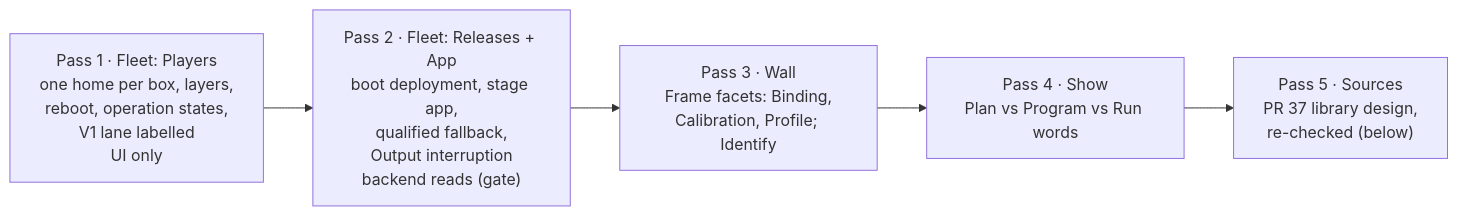
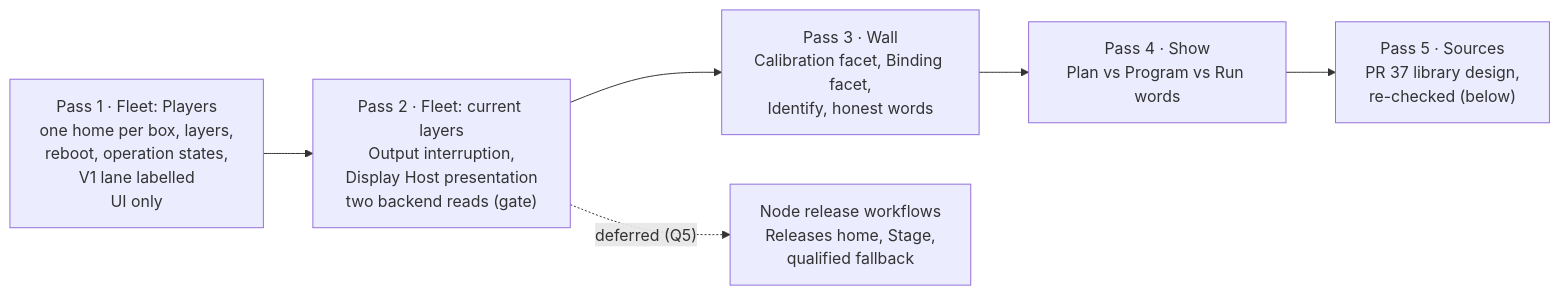
The third of 7 diagrams in docs/operator-console-ddd.md (mcurcio/photo-wall), drawn with Mermaid before and after one commit. The commit also changed other lines of this file and 1 other file, not shown here.

Commit message:
docs(console): design passes 2 and 3 (batch 2) and fold in pass-1 errata

````diff
--- a/docs/operator-console-ddd.md
+++ b/docs/operator-console-ddd.md
@@ -193,7 +194,8 @@
 ```mermaid
 flowchart LR
-  P1["Pass 1 · Fleet: Players<br/>one home per box, layers,<br/>reboot, operation states,<br/>V1 lane labelled<br/>UI only"] --> P2["Pass 2 · Fleet: Releases + App<br/>boot deployment, stage app,<br/>qualified fallback,<br/>Output interruption<br/>backend reads (gate)"]
-  P2 --> P3["Pass 3 · Wall<br/>Frame facets: Binding,<br/>Calibration, Profile; Identify"]
+  P1["Pass 1 · Fleet: Players<br/>one home per box, layers,<br/>reboot, operation states,<br/>V1 lane labelled<br/>UI only"] --> P2["Pass 2 · Fleet: current layers<br/>Output interruption,<br/>Display Host presentation<br/>two backend reads (gate)"]
+  P2 --> P3["Pass 3 · Wall<br/>Calibration facet, Binding facet,<br/>Identify, honest words"]
+  P2 -.->|"deferred (Q5)"| NR["Node release workflows<br/>Releases home, Stage,<br/>qualified fallback"]
   P3 --> P4["Pass 4 · Show<br/>Plan vs Program vs Run words"]
   P4 --> P5["Pass 5 · Sources<br/>PR 37 library design,<br/>re-checked (below)"]
 ```
````
